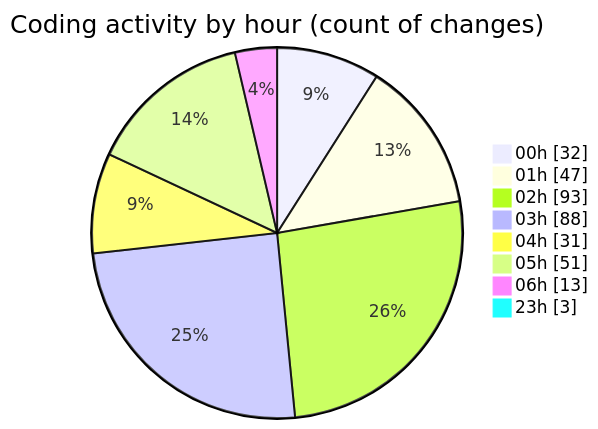
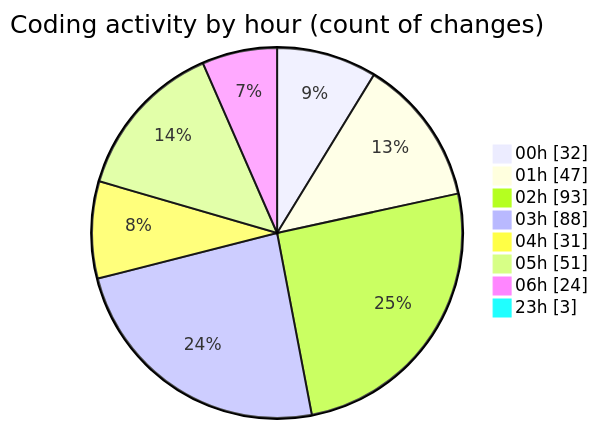
One commit to lephambinh05/code-tracking changed the second of 2 diagrams in 2025-07-28/quanlyrapchieuphim-1/README.md. Above: the diagram before and after it, drawn with Mermaid. The commit also changed other lines of this file and 1 other file, not shown here.

````diff
--- a/2025-07-28/quanlyrapchieuphim-1/README.md
+++ b/2025-07-28/quanlyrapchieuphim-1/README.md
@@ -80,12 +84,12 @@
 ```mermaid
 pie showData
 title Coding activity by hour (count of changes)
 "00h" : 32
 "01h" : 47
 "02h" : 93
 "03h" : 88
 "04h" : 31
 "05h" : 51
-"06h" : 13
+"06h" : 24
 "23h" : 3
 ```
````
